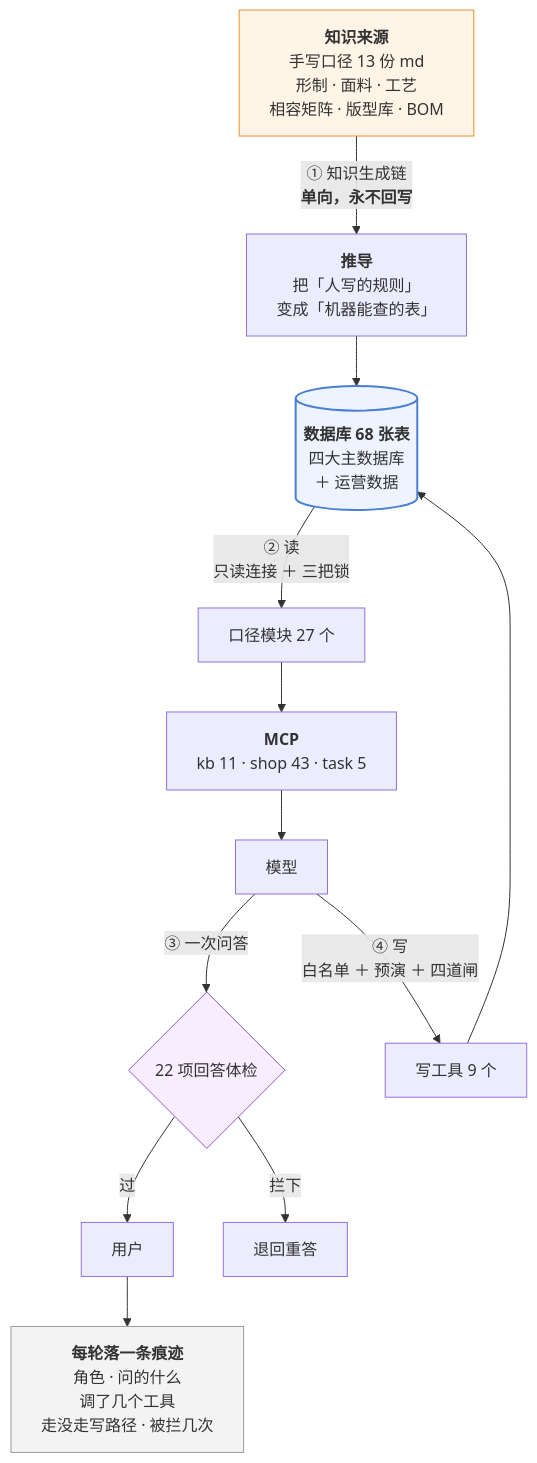
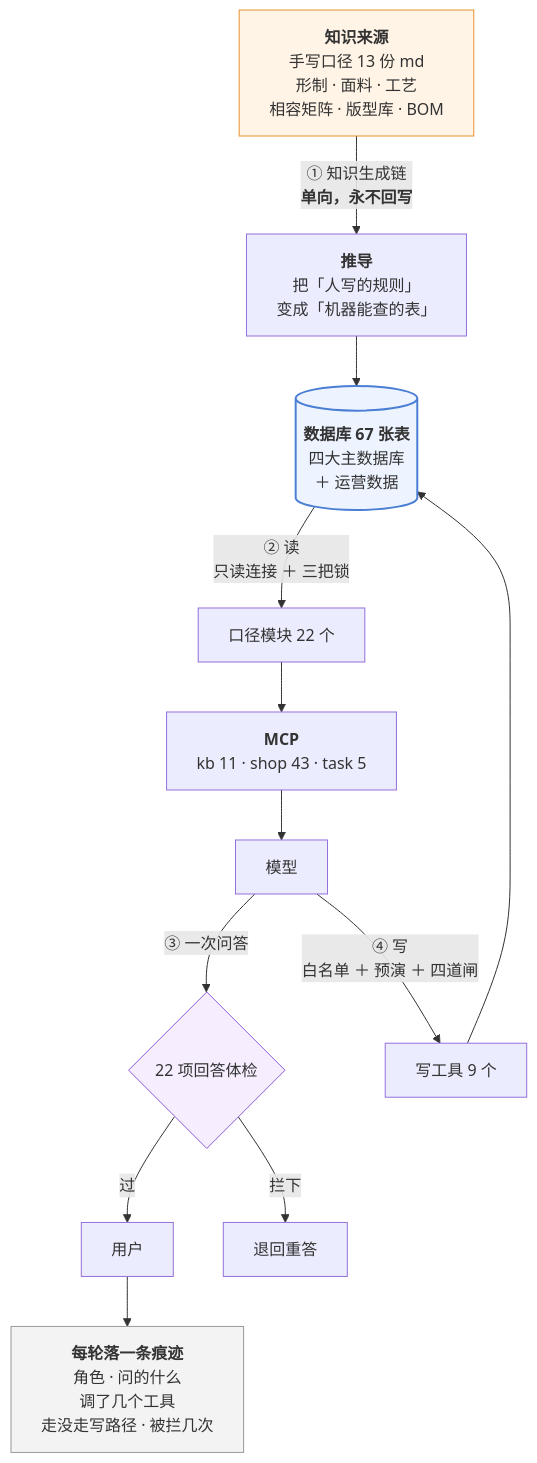
One commit to 843773296-rgb/lanxiu-yunshang-agent changed the third of 3 diagrams in 澜绣云裳agent-产品说明.md. Above: the diagram before and after it, drawn with Mermaid. The commit also changed other lines of this file and 5 other files, not shown here.

````diff
--- a/澜绣云裳agent-产品说明.md
+++ b/澜绣云裳agent-产品说明.md
@@ -759,24 +759,24 @@
 ```mermaid
 flowchart TD
     MD["<b>知识来源</b><br/>手写口径 13 份 md<br/>形制 · 面料 · 工艺<br/>相容矩阵 · 版型库 · BOM"]
     MD -->|"① 知识生成链<br/><b>单向，永不回写</b>"| DV["<b>推导</b><br/>把「人写的规则」<br/>变成「机器能查的表」"]
-    DV --> DB[("<b>数据库 68 张表</b><br/>四大主数据库<br/>＋ 运营数据")]
+    DV --> DB[("<b>数据库 67 张表</b><br/>四大主数据库<br/>＋ 运营数据")]
 
-    DB -->|"② 读<br/>只读连接 ＋ 三把锁"| KJ["口径模块 27 个"]
+    DB -->|"② 读<br/>只读连接 ＋ 三把锁"| KJ["口径模块 22 个"]
     KJ --> MCP["<b>MCP</b><br/>kb 11 · shop 43 · task 5"]
     MCP --> LLM["模型"]
 
     LLM -->|"③ 一次问答"| GD{"22 项回答体检"}
     GD -- 过 --> U["用户"]
     GD -- 拦下 --> RE["退回重答"]
 
     LLM -->|"④ 写<br/>白名单 ＋ 预演 ＋ 四道闸"| W["写工具 9 个"]
     W --> DB
 
     U --> TR["<b>每轮落一条痕迹</b><br/>角色 · 问的什么<br/>调了几个工具<br/>走没走写路径 · 被拦几次"]
 
     style MD fill:#fff4e6,stroke:#e8912d
     style DB fill:#eef4ff,stroke:#4a7fd4,stroke-width:2px
     style GD fill:#f6eeff,stroke:#8b5cd6
     style TR fill:#f3f3f3,stroke:#999
 ```
````
